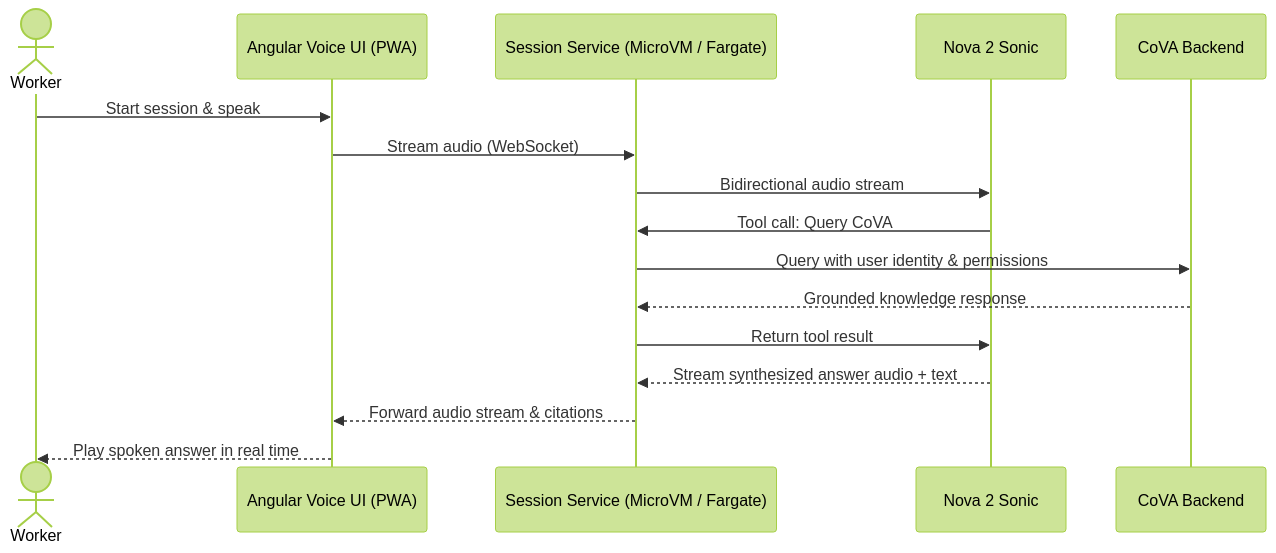
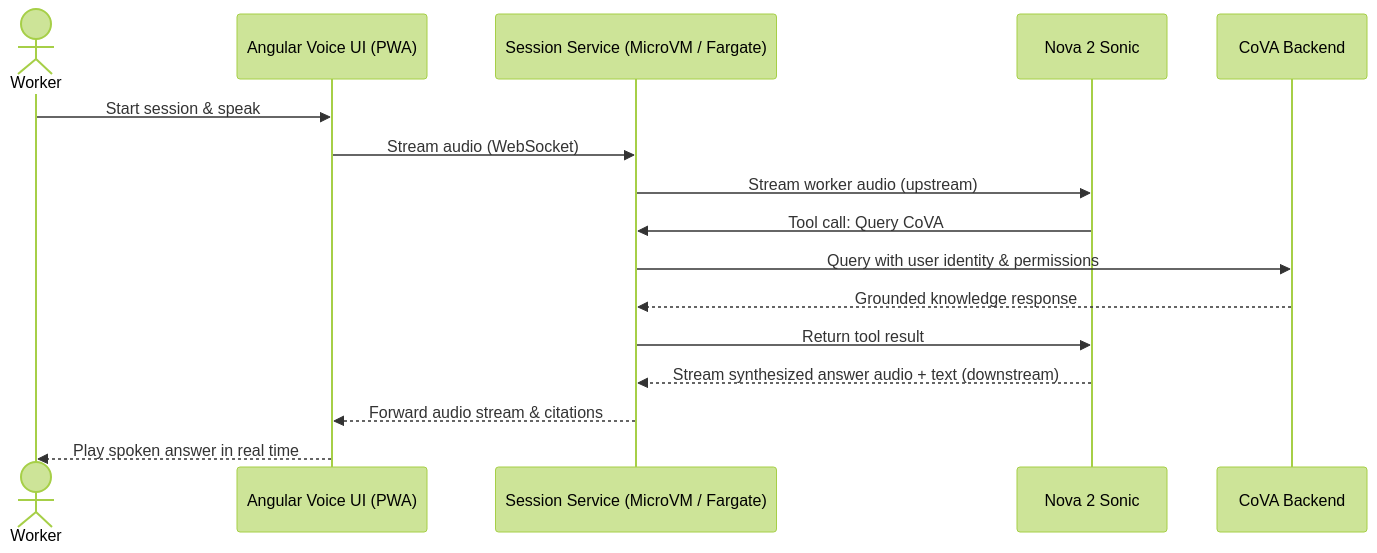
Before and after one commit to slangenbach/chemtalk: the third of 3 diagrams in presentation.qmd, drawn with Mermaid (forest theme). The commit also changed other lines of this file and 1 other file, not shown here.

Commit message:
Apply minor fixes to diagrams and notes

````diff
--- a/presentation.qmd
+++ b/presentation.qmd
@@ -269,21 +266,21 @@
 ```{mermaid}
 %%| fig-align: center
 %%{init: {'sequence': {'useMaxWidth': true, 'diagramMarginY': 4, 'messageMargin': 14, 'boxMargin': 4}}}%%
 sequenceDiagram
     actor Worker
     participant UI as Angular Voice UI (PWA)
     participant Relay as Session Service (MicroVM / Fargate)
     participant Sonic as Nova 2 Sonic
     participant CoVA as CoVA Backend
 
     Worker->>UI: Start session & speak
     UI->>Relay: Stream audio (WebSocket)
-    Relay->>Sonic: Bidirectional audio stream
+    Relay->>Sonic: Stream worker audio (upstream)
     Sonic->>Relay: Tool call: Query CoVA
     Relay->>CoVA: Query with user identity & permissions
     CoVA-->>Relay: Grounded knowledge response
     Relay->>Sonic: Return tool result
-    Sonic-->>Relay: Stream synthesized answer audio + text
+    Sonic-->>Relay: Stream synthesized answer audio + text (downstream)
     Relay-->>UI: Forward audio stream & citations
     UI-->>Worker: Play spoken answer in real time
 ```
````
